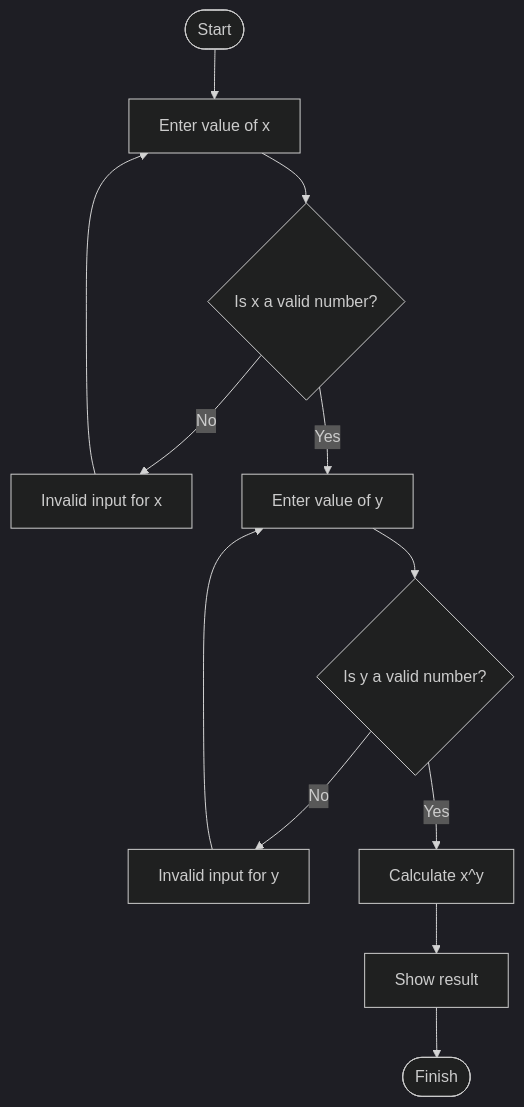
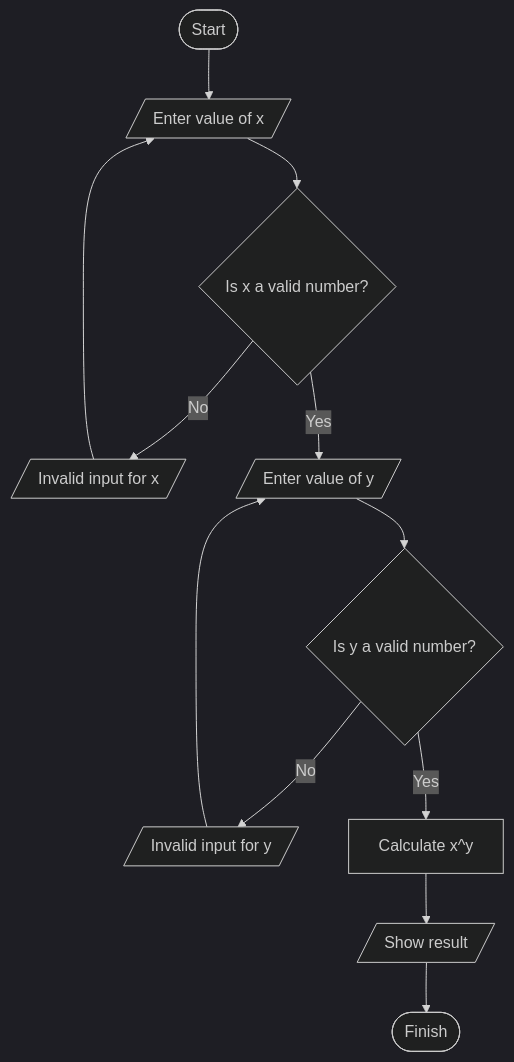
Before and after one commit to SWEG-2016EC-Batch/The-5-Bits: the diagram in ETS1116_Nebiyu_Yalemgeta/pow_cal.md, drawn with Mermaid (dark theme).

````diff
--- a/ETS1116_Nebiyu_Yalemgeta/pow_cal.md
+++ b/ETS1116_Nebiyu_Yalemgeta/pow_cal.md
@@ -25,14 +25,16 @@
 ```mermaid
+
 flowchart TD
-    start([Start]) --> inputX[Enter value of x]
+    start([Start]) --> inputX[/Enter value of x/]
     inputX --> validateX{Is x a valid number?}
-    validateX -->|No| errorX[Invalid input for x] --> inputX
-    validateX -->|Yes| inputY[Enter value of y]
+    validateX -->|No| errorX[/Invalid input for x/]
+    errorX --> inputX
+    validateX -->|Yes| inputY[/Enter value of y/]
     inputY --> validateY{Is y a valid number?}
-    validateY -->|No| errorY[Invalid input for y] --> inputY
+    validateY -->|No| errorY[/Invalid input for y/]
+    errorY --> inputY
     validateY -->|Yes| calculateResult[Calculate x^y]
-    calculateResult --> outputResult[Show result]
+    calculateResult --> outputResult[/Show result/]
     outputResult --> finish([Finish])
 
-
 ```
````
